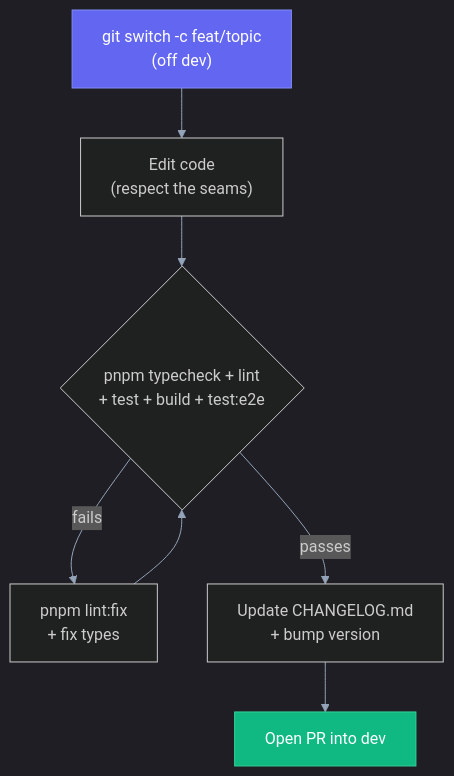
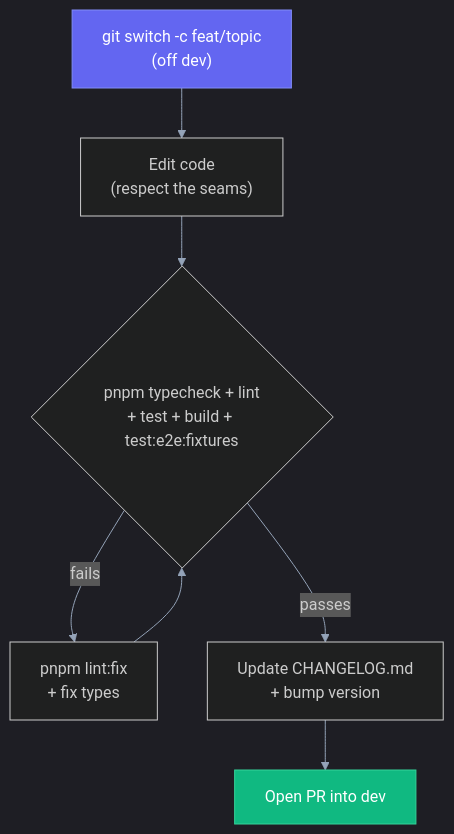
Before and after one commit to Sagargupta16/kalchar: the second of 2 diagrams in docs/DEVELOPMENT.md, drawn with Mermaid. The commit also changed other lines of this file and 149 other files, not shown here.

````diff
--- a/docs/DEVELOPMENT.md
+++ b/docs/DEVELOPMENT.md
@@ -180,17 +209,17 @@
 ```mermaid
 %%{init: {'theme':'dark','themeVariables':{'primaryColor':'#6366f1','primaryTextColor':'#fff','primaryBorderColor':'#818cf8','lineColor':'#94a3b8','clusterBkg':'#1e293b','clusterBorder':'#334155'}}}%%
 flowchart TB
     branch["git switch -c feat/topic<br/>(off dev)"]
     edit["Edit code<br/>(respect the seams)"]
-    verify{"pnpm typecheck + lint<br/>+ test + build + test:e2e"}
+    verify{"pnpm typecheck + lint<br/>+ test + build + test:e2e:fixtures"}
     fix["pnpm lint:fix<br/>+ fix types"]
     log["Update CHANGELOG.md<br/>+ bump version"]
     pr["Open PR into dev"]
 
     branch --> edit --> verify
     verify -->|fails| fix --> verify
     verify -->|passes| log --> pr
 
     style branch fill:#6366f1,color:#fff,stroke:#818cf8
     style pr fill:#10b981,color:#fff,stroke:#34d399
 ```
````
